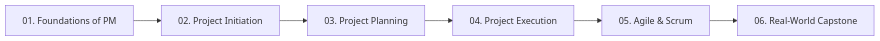
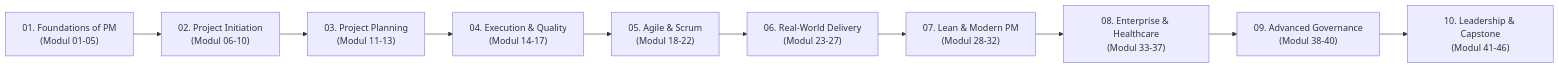
The diagram in README.md (Chairullinad/project-management), drawn with Mermaid before and after one commit. The commit also changed other lines of this file and 9 other files, not shown here.

Commit message:
docs: tuntaskan modul 38-46 kurikulum lengkap 100% google project management professional certificate

````diff
--- a/README.md
+++ b/README.md
@@ -18,8 +18,12 @@
 ```mermaid
 flowchart LR
-    C1["01. Foundations of PM"] --> C2["02. Project Initiation"]
-    C2 --> C3["03. Project Planning"]
-    C3 --> C4["04. Project Execution"]
-    C4 --> C5["05. Agile & Scrum"]
-    C5 --> C6["06. Real-World Capstone"]
+    C1["01. Foundations of PM<br>(Modul 01-05)"] --> C2["02. Project Initiation<br>(Modul 06-10)"]
+    C2 --> C3["03. Project Planning<br>(Modul 11-13)"]
+    C3 --> C4["04. Execution & Quality<br>(Modul 14-17)"]
+    C4 --> C5["05. Agile & Scrum<br>(Modul 18-22)"]
+    C5 --> C6["06. Real-World Delivery<br>(Modul 23-27)"]
+    C6 --> C7["07. Lean & Modern PM<br>(Modul 28-32)"]
+    C7 --> C8["08. Enterprise & Healthcare<br>(Modul 33-37)"]
+    C8 --> C9["09. Advanced Governance<br>(Modul 38-40)"]
+    C9 --> C10["10. Leadership & Capstone<br>(Modul 41-46)"]
 ```
````
